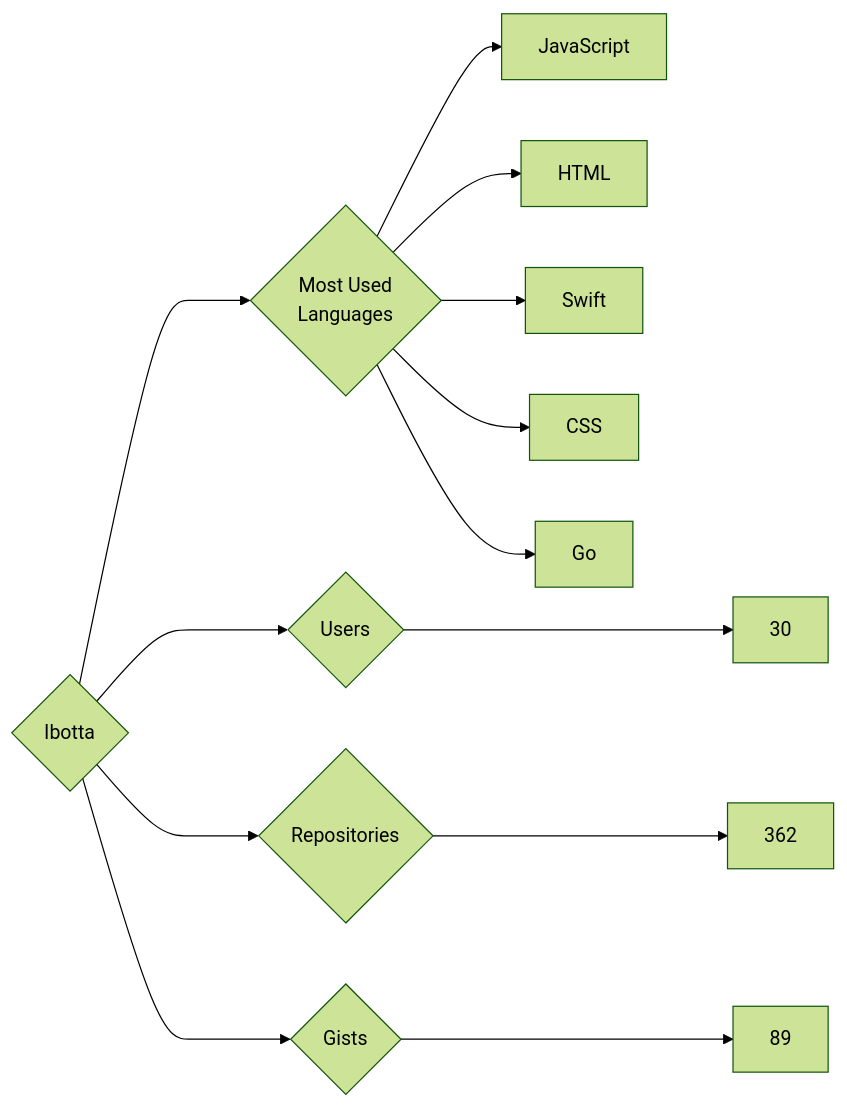
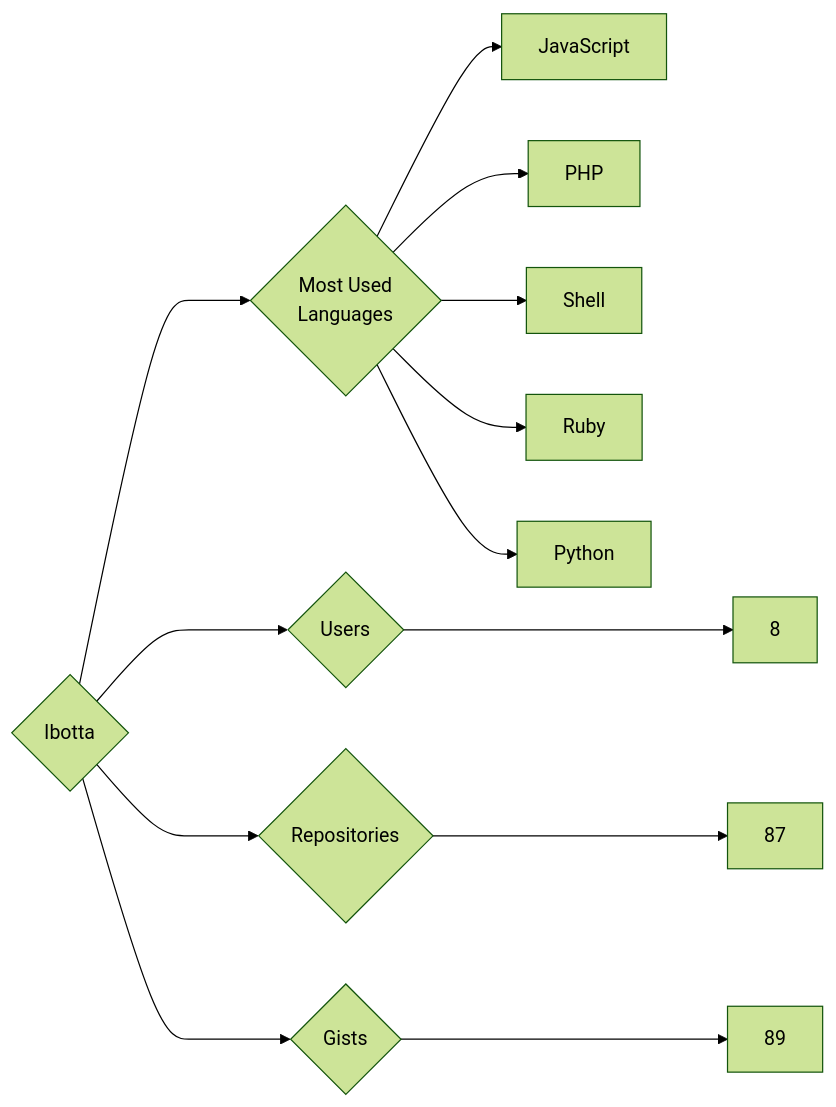
The diagram in targets/Ibotta/README.md (trickest/insiders), drawn with Mermaid (forest theme) before and after one commit. The commit also changed 745 other files, not shown here.

````diff
--- a/targets/Ibotta/README.md
+++ b/targets/Ibotta/README.md
@@ -3,13 +3,13 @@
 ```mermaid
 graph LR
 COMPANY_NAME{Ibotta}
-COMPANY_NAME ---> U{Users} ---> UN[30]
-COMPANY_NAME ---> R{Repositories} ---> RN[362]
+COMPANY_NAME ---> U{Users} ---> UN[8]
+COMPANY_NAME ---> R{Repositories} ---> RN[87]
 COMPANY_NAME ---> G{Gists} ---> GN[89]
 COMPANY_NAME ---> ML{Most Used<br>Languages}
 ML --> JavaScript[JavaScript]
-ML --> HTML[HTML]
-ML --> Swift[Swift]
-ML --> CSS[CSS]
-ML --> Go[Go]
+ML --> PHP[PHP]
+ML --> Shell[Shell]
+ML --> Ruby[Ruby]
+ML --> Python[Python]
 ```
````
